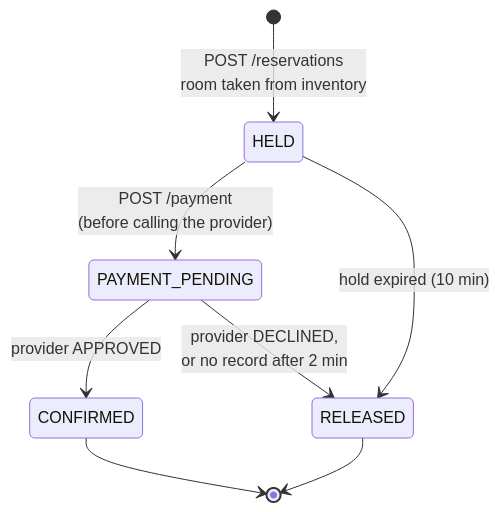
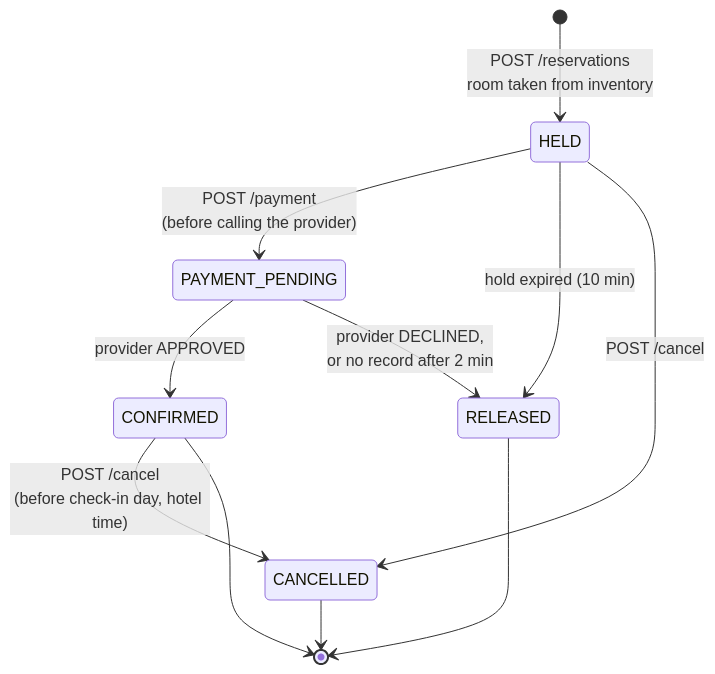
One commit to shreshta-p/farelock changed the second of 2 diagrams in README.md. Above: the diagram before and after it, drawn with Mermaid. The commit also changed other lines of this file and 6 other files, not shown here.

````diff
--- a/README.md
+++ b/README.md
@@ -126,10 +129,13 @@
 ```mermaid
 stateDiagram-v2
     [*] --> HELD: POST /reservations<br/>room taken from inventory
     HELD --> PAYMENT_PENDING: POST /payment<br/>(before calling the provider)
     HELD --> RELEASED: hold expired (10 min)
     PAYMENT_PENDING --> CONFIRMED: provider APPROVED
     PAYMENT_PENDING --> RELEASED: provider DECLINED,<br/>or no record after 2 min
+    HELD --> CANCELLED: POST /cancel
+    CONFIRMED --> CANCELLED: POST /cancel<br/>(before check-in day, hotel time)
     CONFIRMED --> [*]
+    CANCELLED --> [*]
     RELEASED --> [*]
 ```
````
